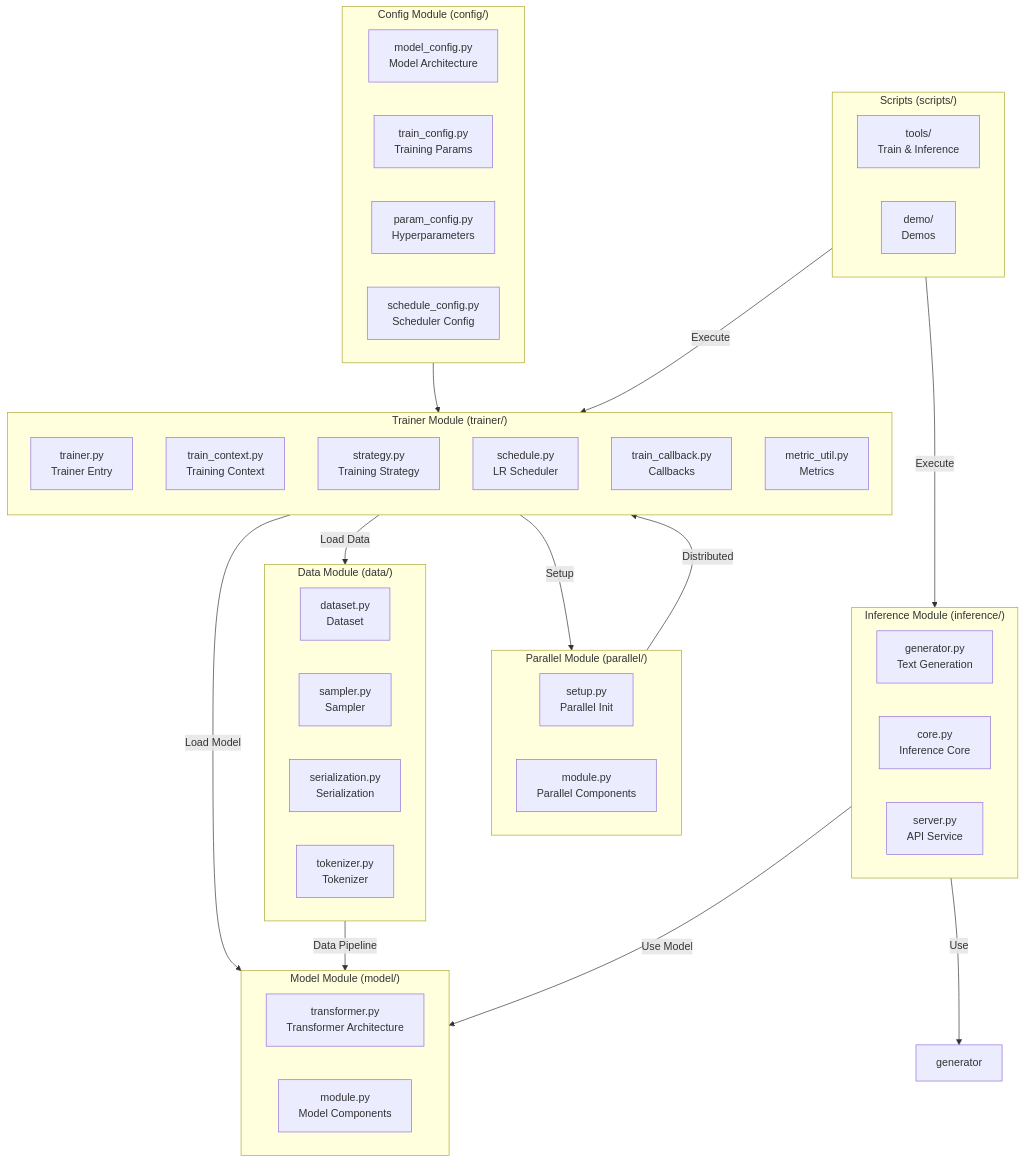
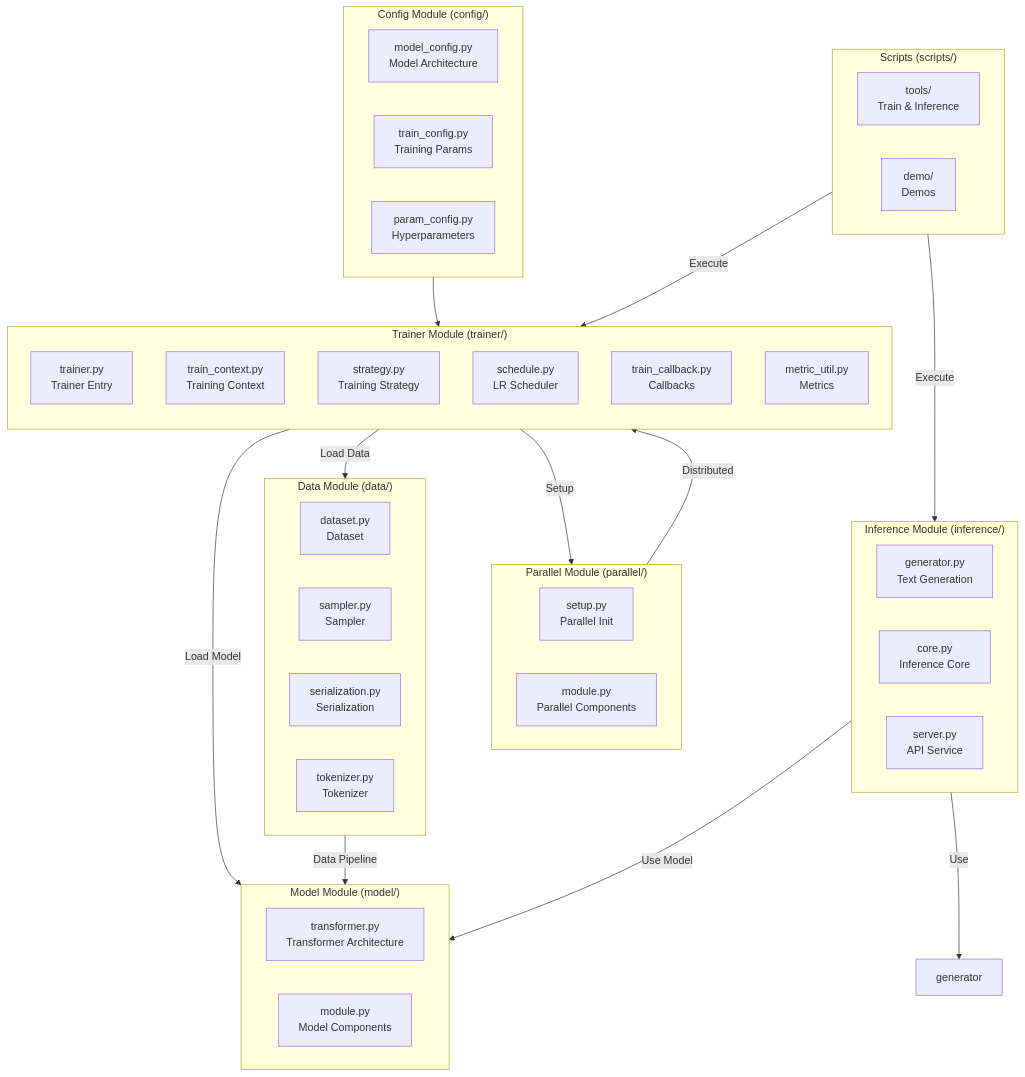
The diagram in assets/docs/design.md (ViperEkura/KHAOSZ), drawn with Mermaid before and after one commit. The commit also changed other lines of this file and 50 other files, not shown here.

```diff
--- a/assets/docs/design.md
+++ b/assets/docs/design.md
@@ -24,7 +24,6 @@
         C1[model_config.py<br/>Model Architecture]
         C2[train_config.py<br/>Training Params]
         C3[param_config.py<br/>Hyperparameters]
-        C4[schedule_config.py<br/>Scheduler Config]
     end
     
     subgraph Data["Data Module (data/)"]
```
